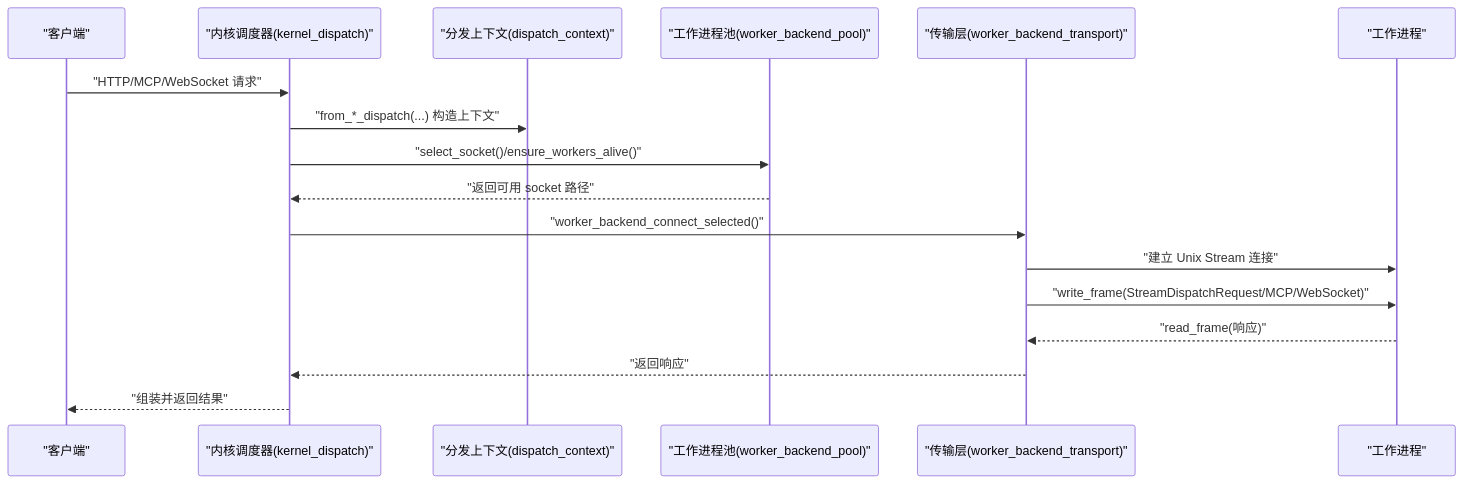
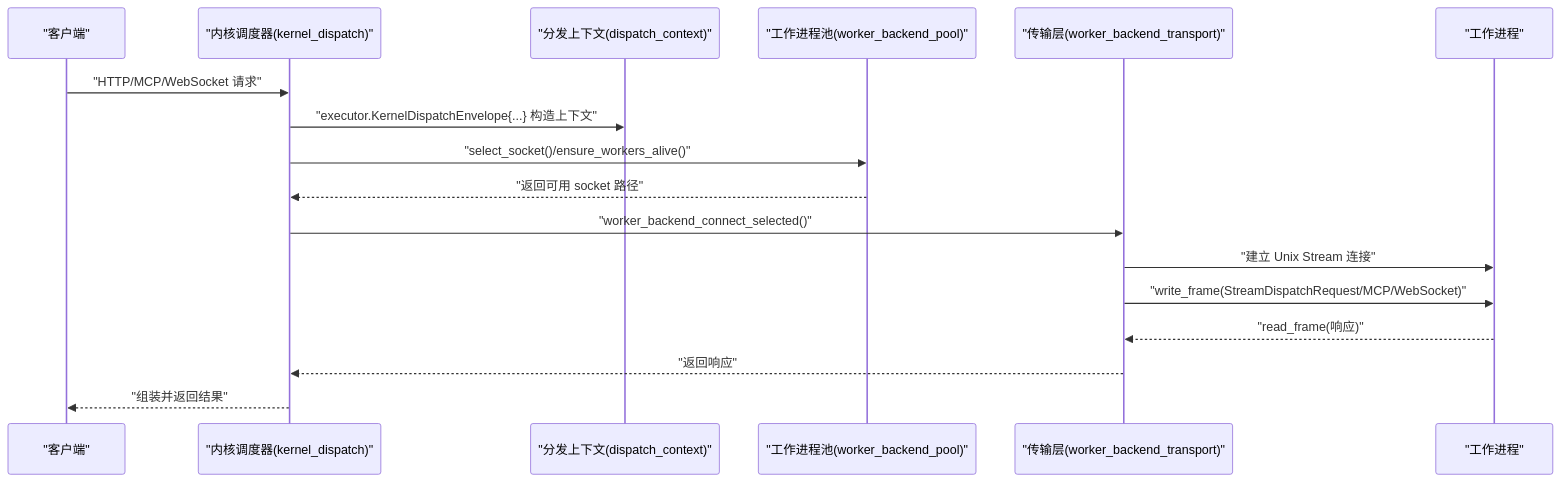
Before and after one commit to guweigang/vhttpd: the second of 8 diagrams in .qoder/repowiki/zh/content/服务器核心/内核调度与请求分发系统.md, drawn with Mermaid. The commit also changed other lines of this file and 54 other files, not shown here.

````diff
--- a/.qoder/repowiki/zh/content/服务器核心/内核调度与请求分发系统.md
+++ b/.qoder/repowiki/zh/content/服务器核心/内核调度与请求分发系统.md
@@ -98,19 +108,19 @@
 ```mermaid
 sequenceDiagram
 participant Client as "客户端"
 participant Kernel as "内核调度器(kernel_dispatch)"
 participant Ctx as "分发上下文(dispatch_context)"
 participant Pool as "工作进程池(worker_backend_pool)"
 participant Trans as "传输层(worker_backend_transport)"
 participant Worker as "工作进程"
 Client->>Kernel : "HTTP/MCP/WebSocket 请求"
-Kernel->>Ctx : "from_*_dispatch(...) 构造上下文"
+Kernel->>Ctx : "executor.KernelDispatchEnvelope{...} 构造上下文"
 Kernel->>Pool : "select_socket()/ensure_workers_alive()"
 Pool-->>Kernel : "返回可用 socket 路径"
 Kernel->>Trans : "worker_backend_connect_selected()"
 Trans->>Worker : "建立 Unix Stream 连接"
 Trans->>Worker : "write_frame(StreamDispatchRequest/MCP/WebSocket)"
 Worker-->>Trans : "read_frame(响应)"
 Trans-->>Kernel : "返回响应"
 Kernel-->>Client : "组装并返回结果"
 ```
````
